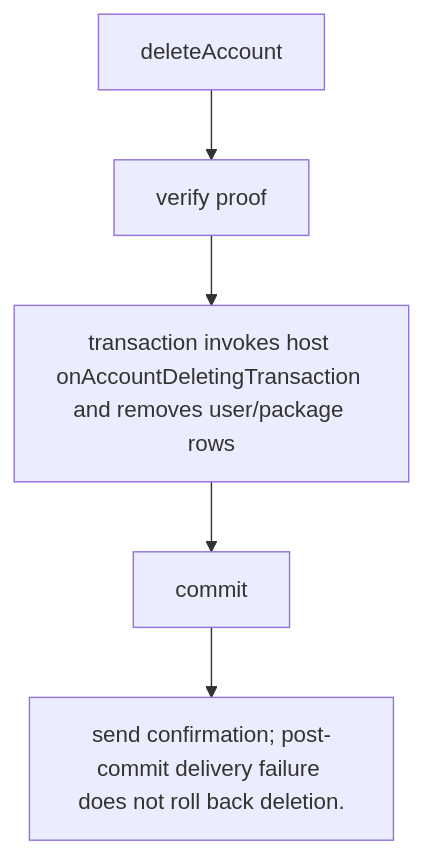
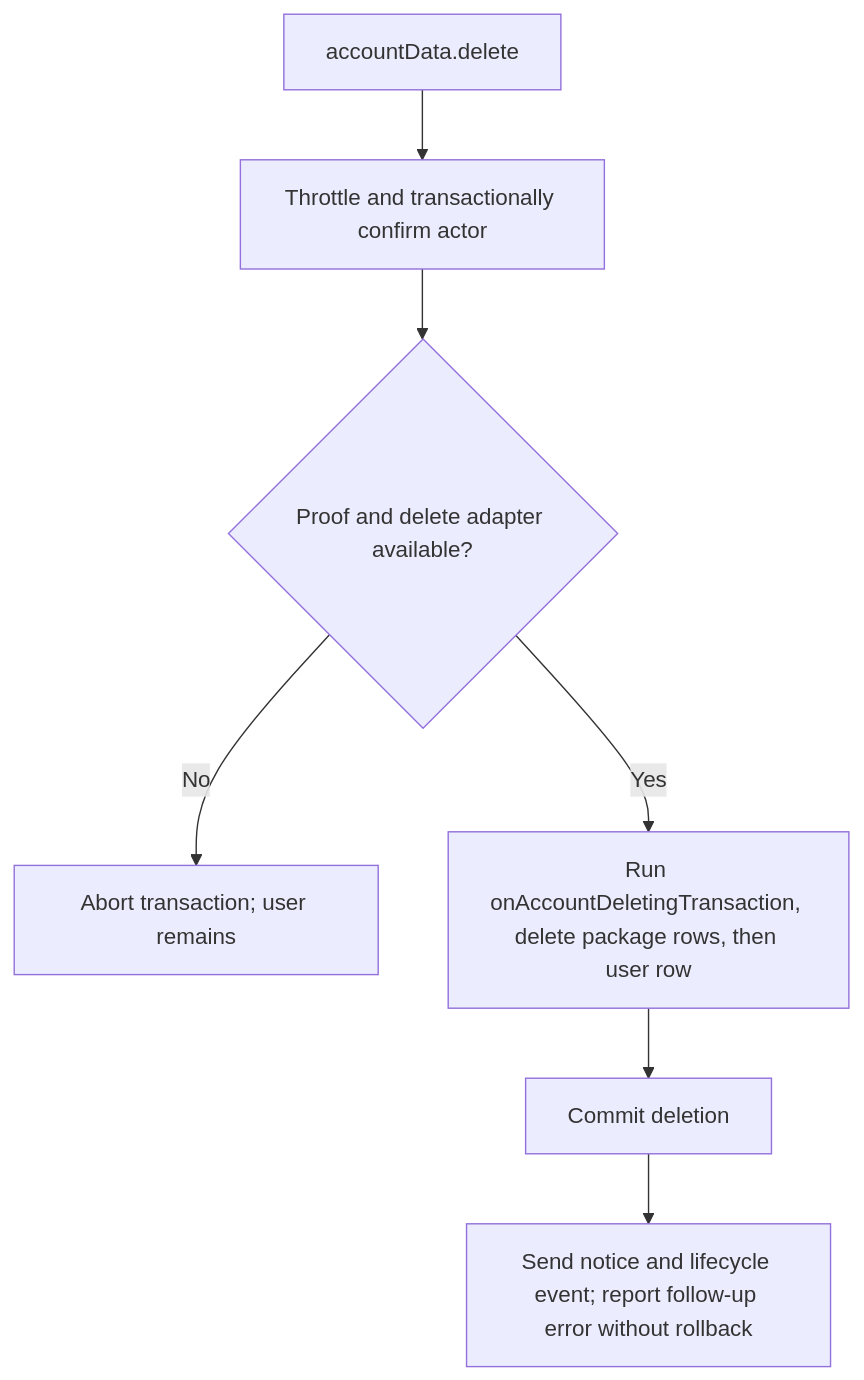
The second of 2 diagrams in user-stories/US-ACCOUNT-19-delete-account.md (Kevinjohn/oss-adonisjs-account-kit), drawn with Mermaid before and after one commit. The commit also changed other lines of this file and 9 other files, not shown here.

````diff
--- a/user-stories/US-ACCOUNT-19-delete-account.md
+++ b/user-stories/US-ACCOUNT-19-delete-account.md
@@ -35,12 +30,9 @@
 ```mermaid
 flowchart TD
-    C0["deleteAccount"]
-    C1["verify proof"]
-    C0 --> C1
-    C2["transaction invokes host onAccountDeletingTransaction and removes user/package rows"]
-    C1 --> C2
-    C3["commit"]
-    C2 --> C3
-    C4["send confirmation; post-commit delivery failure does not roll back deletion."]
-    C3 --> C4
+ A["accountData.delete"] --> B["Throttle and transactionally confirm actor"]
+ B --> C{"Proof and delete adapter available?"}
+ C -->|No| D["Abort transaction; user remains"]
+ C -->|Yes| E["Run onAccountDeletingTransaction, delete package rows, then user row"]
+ E --> F["Commit deletion"]
+ F --> G["Send notice and lifecycle event; report follow-up error without rollback"]
 ```
````
